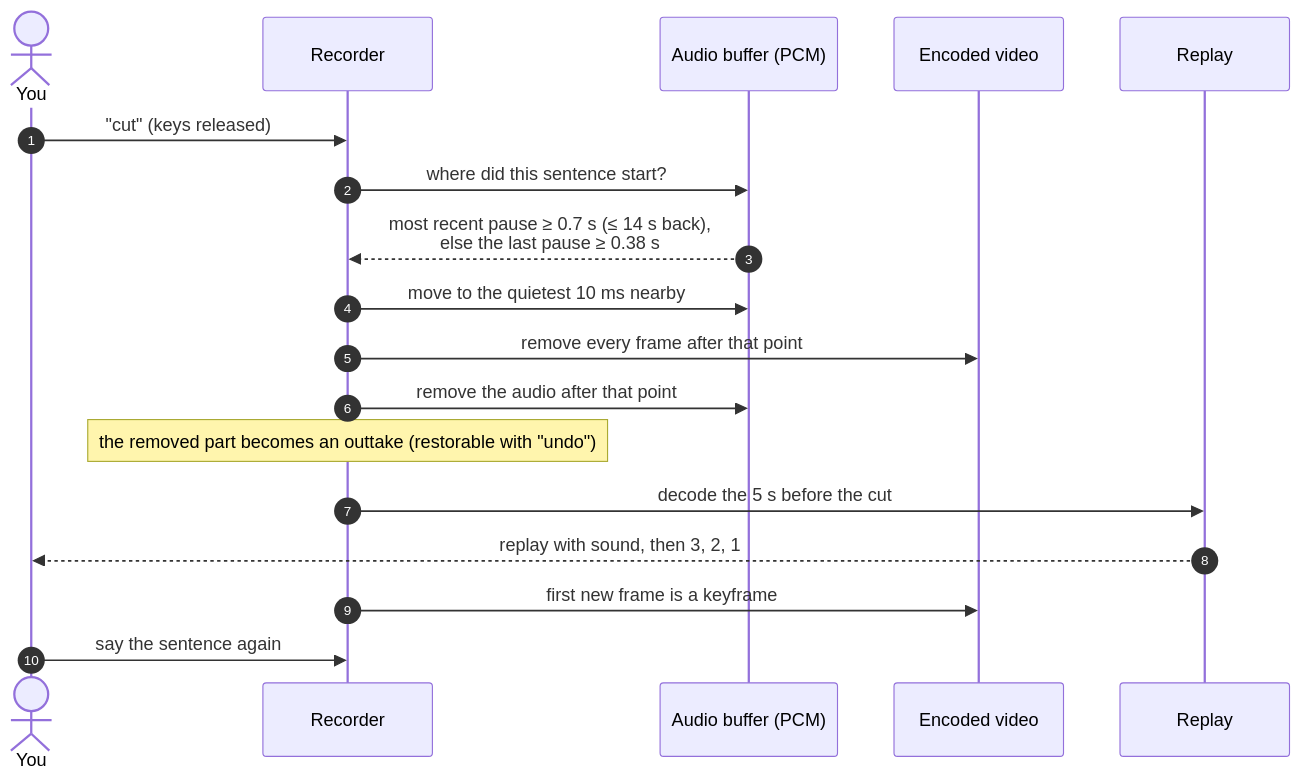
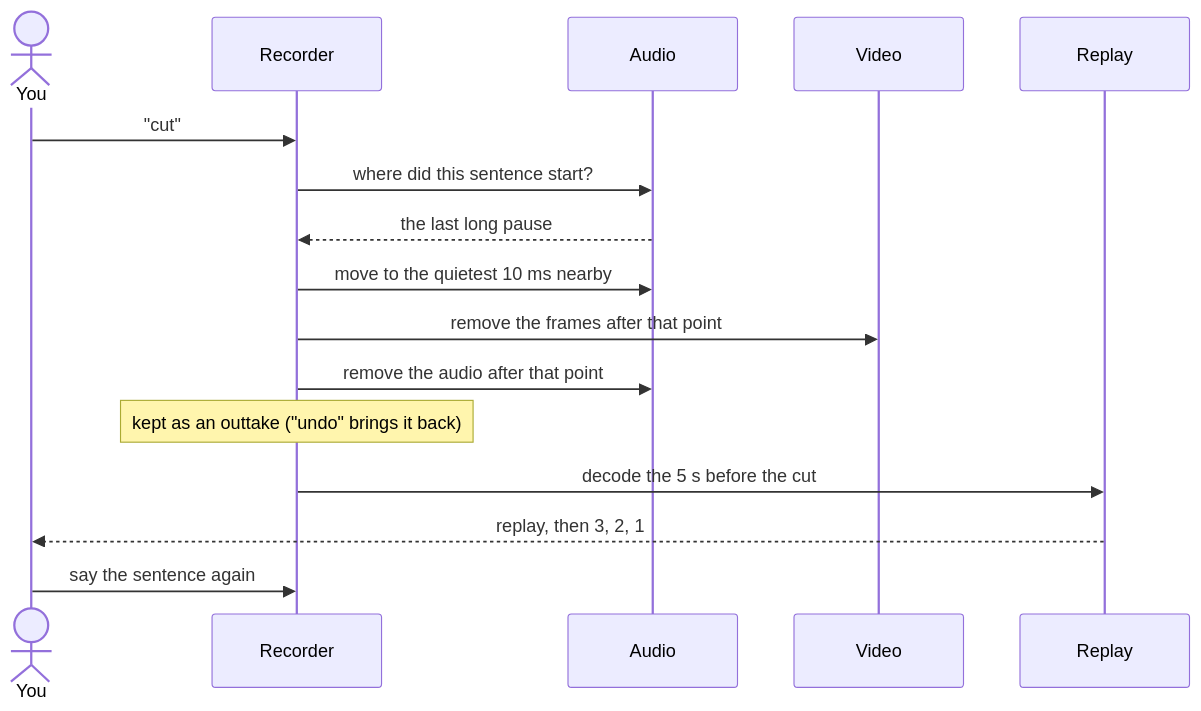
One commit to ScRocXx/Take1 changed the third of 6 diagrams in README.md. Above: the diagram before and after it, drawn with Mermaid. The commit also changed other lines of this file and 10 other files, not shown here.

````diff
--- a/README.md
+++ b/README.md
@@ -225,20 +258,18 @@
 ```mermaid
 sequenceDiagram
-    autonumber
     actor You
     participant R as Recorder
-    participant A as Audio buffer (PCM)
-    participant V as Encoded video
+    participant A as Audio
+    participant V as Video
     participant P as Replay
-    You->>R: "cut" (keys released)
+    You->>R: "cut"
     R->>A: where did this sentence start?
-    A-->>R: most recent pause ≥ 0.7 s (≤ 14 s back),<br/>else the last pause ≥ 0.38 s
+    A-->>R: the last long pause
     R->>A: move to the quietest 10 ms nearby
-    R->>V: remove every frame after that point
+    R->>V: remove the frames after that point
     R->>A: remove the audio after that point
-    Note over R: the removed part becomes an outtake (restorable with "undo")
+    Note over R: kept as an outtake ("undo" brings it back)
     R->>P: decode the 5 s before the cut
-    P-->>You: replay with sound, then 3, 2, 1
-    R->>V: first new frame is a keyframe
+    P-->>You: replay, then 3, 2, 1
     You->>R: say the sentence again
 ```
````
